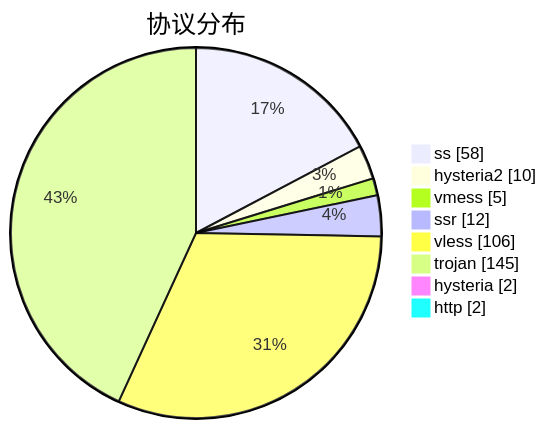
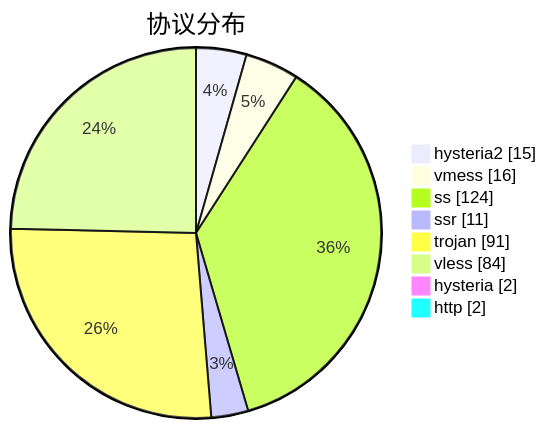
One commit to sinspired/airport changed the third of 3 diagrams in subs/statistics/tested_within.md. Above: the diagram before and after it, drawn with Mermaid. The commit also changed other lines of this file and 2 other files, not shown here.

````diff
--- a/subs/statistics/tested_within.md
+++ b/subs/statistics/tested_within.md
@@ -52,12 +61,12 @@
 ```mermaid
 pie showData
 title 协议分布
-"ss" : 58
-"hysteria2" : 10
-"vmess" : 5
-"ssr" : 12
-"vless" : 106
-"trojan" : 145
+"hysteria2" : 15
+"vmess" : 16
+"ss" : 124
+"ssr" : 11
+"trojan" : 91
+"vless" : 84
 "hysteria" : 2
 "http" : 2
 ```
````
